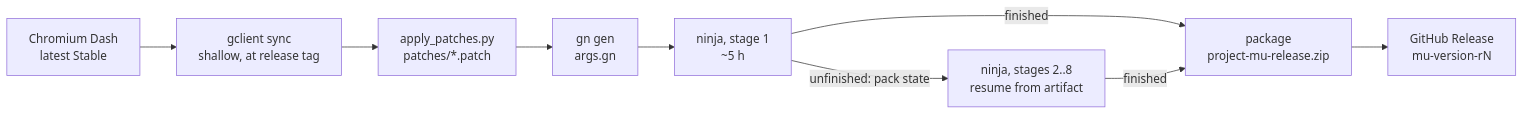
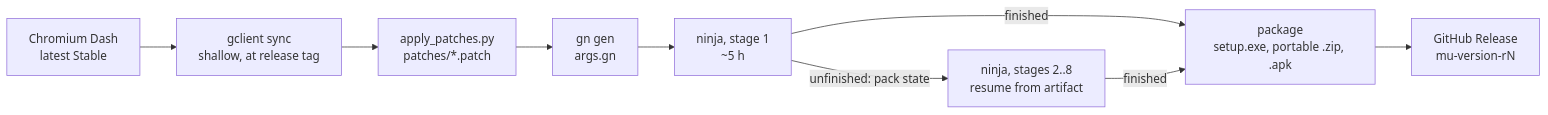
One commit to krishivvyas/project-mu changed the diagram in README.md. Above: the diagram before and after it, drawn with Mermaid. The commit also changed other lines of this file and 7 other files, not shown here.

````diff
--- a/README.md
+++ b/README.md
@@ -79,11 +88,11 @@
 ```mermaid
 flowchart LR
     A["Chromium Dash<br/>latest Stable"] --> B["gclient sync<br/>shallow, at release tag"]
     B --> C["apply_patches.py<br/>patches/*.patch"]
     C --> D["gn gen<br/>args.gn"]
     D --> E["ninja, stage 1<br/>~5 h"]
     E -->|"unfinished: pack state"| F["ninja, stages 2..8<br/>resume from artifact"]
     E -->|finished| G
-    F -->|finished| G["package<br/>project-mu-release.zip"]
+    F -->|finished| G["package<br/>setup.exe, portable .zip, .apk"]
     G --> H["GitHub Release<br/>mu-version-rN"]
 ```
````
